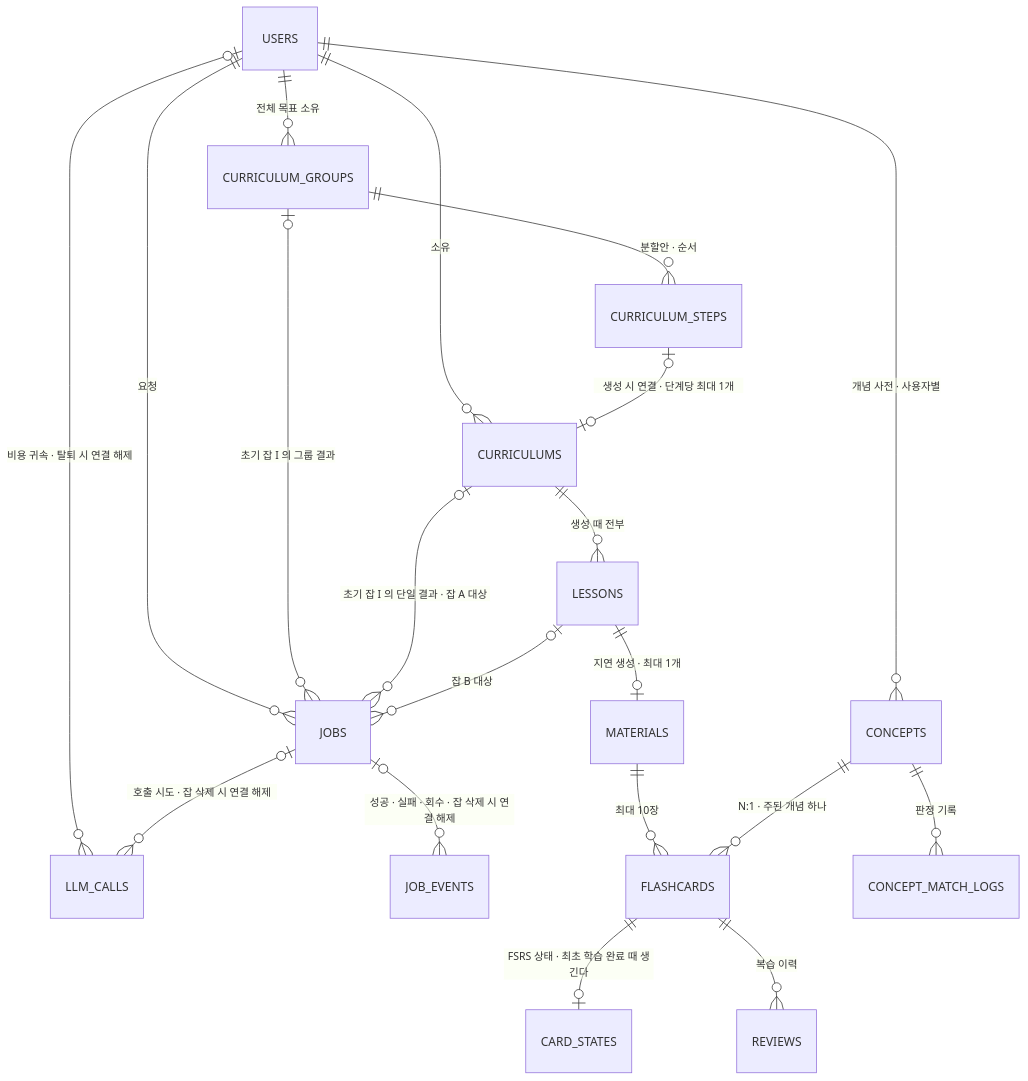
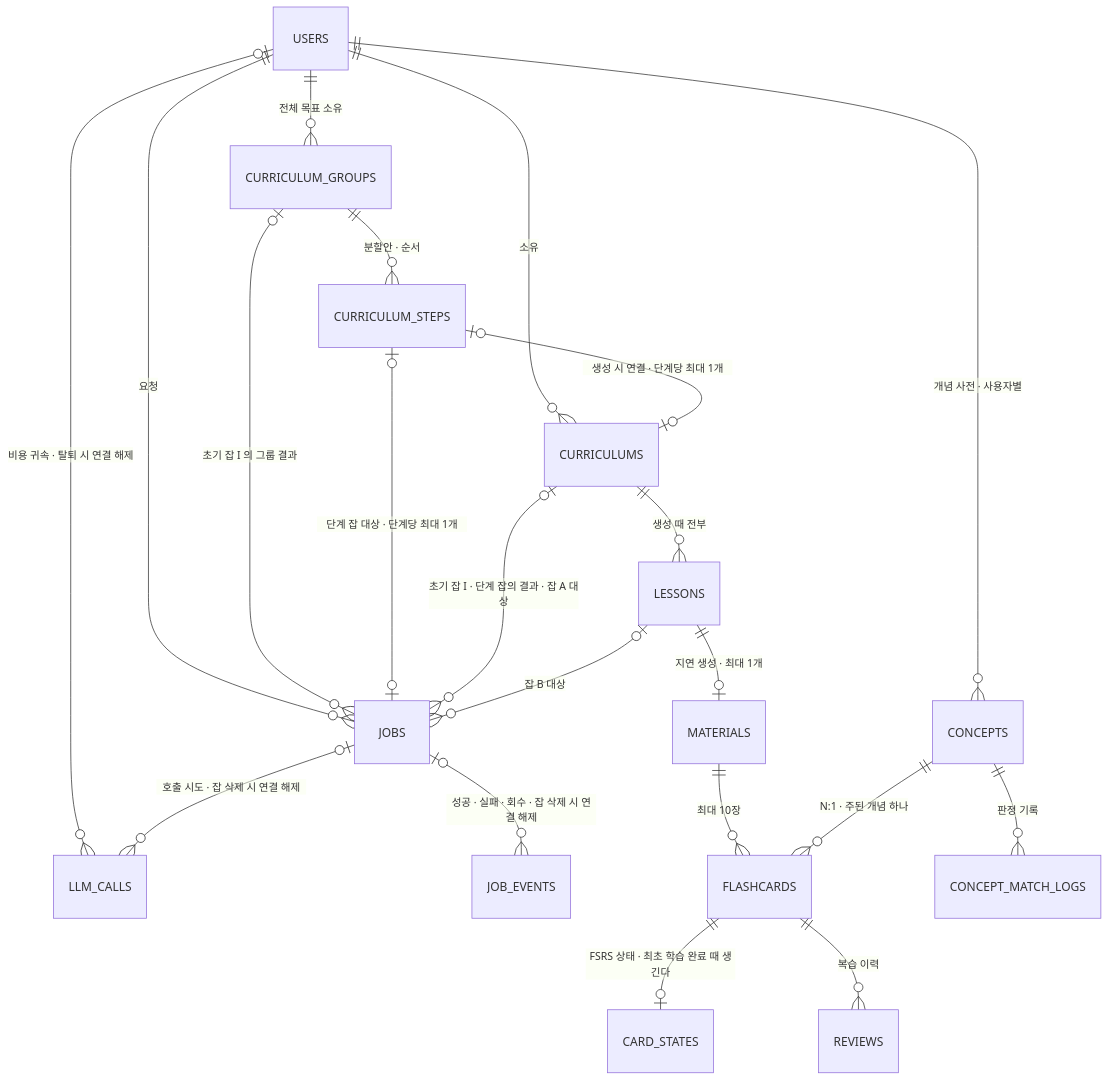
Before and after one commit to f-lab-edu/Mogum: the first of 4 diagrams in docs/02-domain-data.md, drawn with Mermaid. The commit also changed other lines of this file and 12 other files, not shown here.

````diff
--- a/docs/02-domain-data.md
+++ b/docs/02-domain-data.md
@@ -10,22 +10,23 @@
 ```mermaid
 erDiagram
     USERS             ||--o{ CURRICULUMS        : "소유"
     USERS             ||--o{ CURRICULUM_GROUPS  : "전체 목표 소유"
     CURRICULUM_GROUPS ||--o{ CURRICULUM_STEPS   : "분할안 · 순서"
     CURRICULUM_STEPS  |o--o| CURRICULUMS        : "생성 시 연결 · 단계당 최대 1개"
     USERS             ||--o{ JOBS               : "요청"
     CURRICULUM_GROUPS |o--o{ JOBS               : "초기 잡 I 의 그룹 결과"
-    CURRICULUMS       |o--o{ JOBS               : "초기 잡 I 의 단일 결과 · 잡 A 대상"
+    CURRICULUM_STEPS  |o--o| JOBS               : "단계 잡 대상 · 단계당 최대 1개"
+    CURRICULUMS       |o--o{ JOBS               : "초기 잡 I · 단계 잡의 결과 · 잡 A 대상"
     LESSONS           |o--o{ JOBS               : "잡 B 대상"
     USERS             ||--o{ CONCEPTS           : "개념 사전 · 사용자별"
     USERS             |o--o{ LLM_CALLS          : "비용 귀속 · 탈퇴 시 연결 해제"
     JOBS              |o--o{ LLM_CALLS          : "호출 시도 · 잡 삭제 시 연결 해제"
     JOBS              |o--o{ JOB_EVENTS         : "성공 · 실패 · 회수 · 잡 삭제 시 연결 해제"
     CURRICULUMS       ||--o{ LESSONS            : "생성 때 전부"
     LESSONS           ||--o| MATERIALS          : "지연 생성 · 최대 1개"
     MATERIALS         ||--o{ FLASHCARDS         : "최대 10장"
     FLASHCARDS        ||--o| CARD_STATES        : "FSRS 상태 · 최초 학습 완료 때 생긴다"
     FLASHCARDS        ||--o{ REVIEWS            : "복습 이력"
     CONCEPTS          ||--o{ FLASHCARDS         : "N:1 · 주된 개념 하나"
     CONCEPTS          ||--o{ CONCEPT_MATCH_LOGS : "판정 기록"
 ```
````
